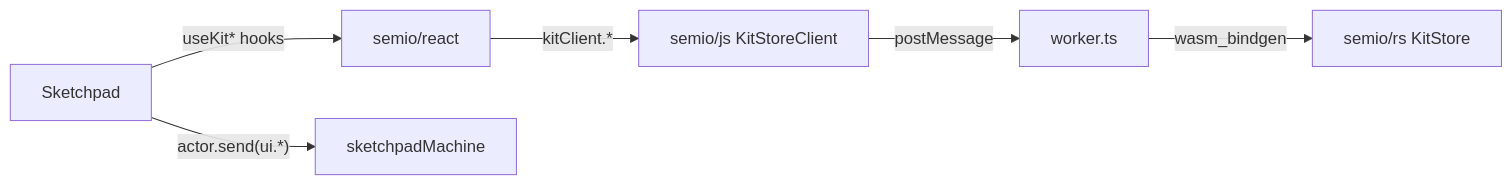
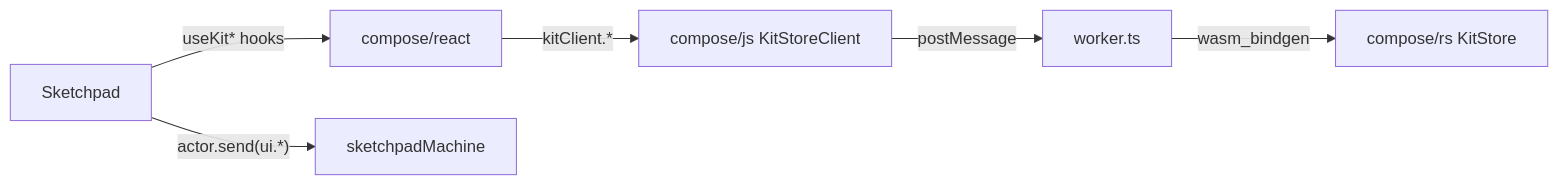
Before and after one commit to usalu/semio: the diagram in .repo/🎫/26/04/22/FINISH-RUST-STORE-HOOK-MIGRATION/finish_sketchpad_rust_migration_v2_84802df9.plan.md, drawn with Mermaid. The commit also changed other lines of this file and 7735 other files, not shown here.

````diff
--- a/.repo/🎫/26/04/22/FINISH-RUST-STORE-HOOK-MIGRATION/finish_sketchpad_rust_migration_v2_84802df9.plan.md
+++ b/.repo/🎫/26/04/22/FINISH-RUST-STORE-HOOK-MIGRATION/finish_sketchpad_rust_migration_v2_84802df9.plan.md
@@ -39,8 +39,8 @@
 ```mermaid
 graph LR
-  Sketchpad -->|"useKit* hooks"| ReactPkg[semio/react]
+  Sketchpad -->|"useKit* hooks"| ReactPkg[compose/react]
   Sketchpad -->|"actor.send(ui.*)"| Machine[sketchpadMachine]
-  ReactPkg -->|"kitClient.*"| JsPkg[semio/js KitStoreClient]
+  ReactPkg -->|"kitClient.*"| JsPkg[compose/js KitStoreClient]
   JsPkg -->|"postMessage"| Worker[worker.ts]
-  Worker -->|"wasm_bindgen"| Rs[semio/rs KitStore]
+  Worker -->|"wasm_bindgen"| Rs[compose/rs KitStore]
 ```
````
